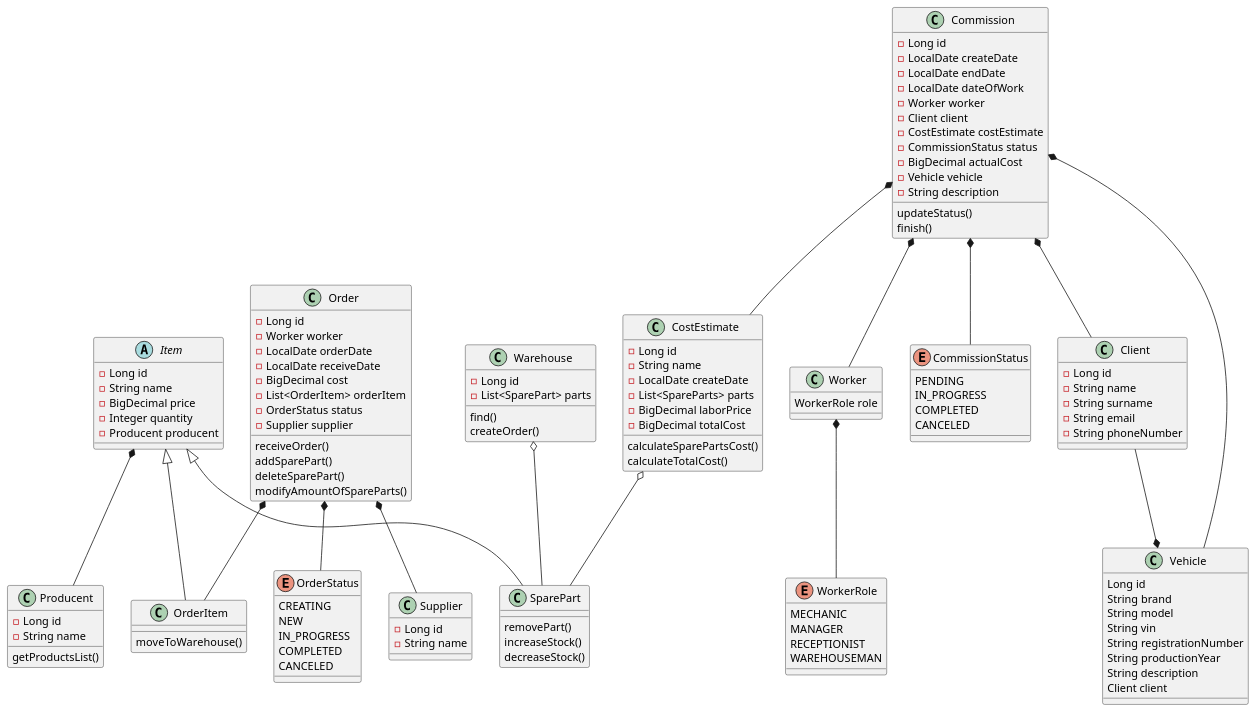
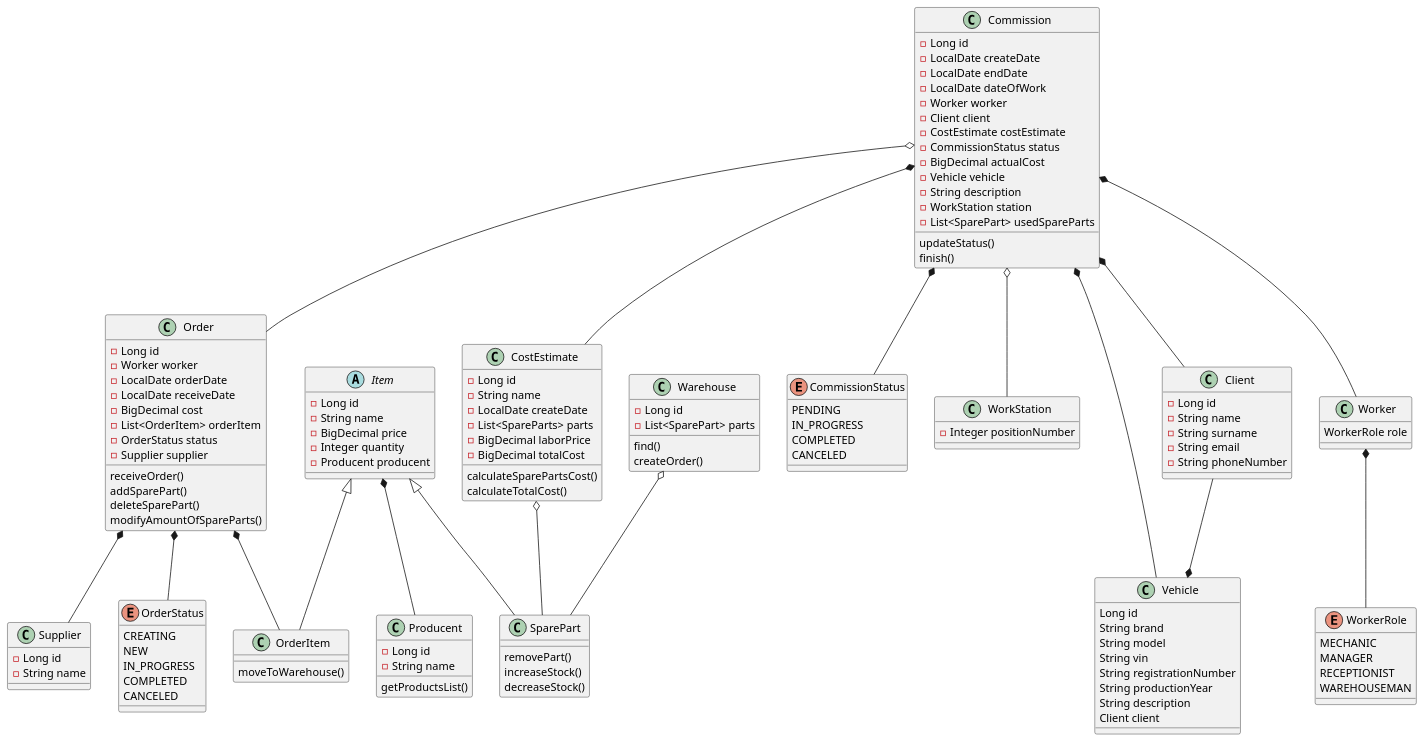
The diagram in src/main/java/com/carservice/CarService/main.puml (WojciechGos/Car-Service), drawn with PlantUML before and after one commit.

Commit message:
add: new relation

```diff
--- a/src/main/java/com/carservice/CarService/main.puml
+++ b/src/main/java/com/carservice/CarService/main.puml
@@ -1,186 +1,198 @@
 @startuml
 'https://plantuml.com/class-diagram
+class Order {
+    - Long id
+    - Worker worker
+    - LocalDate orderDate
+    - LocalDate receiveDate
+    - BigDecimal cost
+    - List<OrderItem> orderItem
+    - OrderStatus status
+    - Supplier supplier
+
+    'For warehouseman to set status COMPLETED
+    receiveOrder()
+    addSparePart()
+    deleteSparePart()
+    modifyAmountOfSpareParts()
+}
+
+class Commission {
+    - Long id
+    - LocalDate createDate
+    - LocalDate endDate
+    'pokrywa sie z podnosnikami
+    - LocalDate dateOfWork
+    - Worker worker
+    - Client client
+    - CostEstimate costEstimate
+    - CommissionStatus status
+    - BigDecimal actualCost
+    - Vehicle vehicle
+    - String description
+    - WorkStation station
+    - List<SparePart> usedSpareParts
+
+
+    updateStatus()
+    finish()
+
+}
 
 
 class Producent {
     - Long id
     - String name
 
     getProductsList()
 }
 
 class Supplier {
     - Long id
     - String name
 }
-
 
 
 class CostEstimate {
     - Long id
     - String name
     - LocalDate createDate
     - List<SpareParts> parts
     - BigDecimal laborPrice
     - BigDecimal totalCost
 
     calculateSparePartsCost()
     calculateTotalCost()
 }
 
 
 enum CommissionStatus{
     PENDING
     IN_PROGRESS
     COMPLETED
     CANCELED
 }
 
-class Commission {
-    - Long id
-    - LocalDate createDate
-    - LocalDate endDate
-    'pokrywa sie z podnosnikami
-    - LocalDate dateOfWork
-    - Worker worker
-    - Client client
-    - CostEstimate costEstimate
-    - CommissionStatus status
-    - BigDecimal actualCost
-    - Vehicle vehicle
-    - String description
+'car lift station
+class WorkStation {
+    - Integer positionNumber
+}
 
-    updateStatus()
-    finish()
-}
+
 
 class Vehicle {
     Long id
     String brand
     String model
     String vin
     String registrationNumber
     String productionYear
     String description
     Client client
 }
 
 
 enum WorkerRole {
     MECHANIC
     MANAGER
     RECEPTIONIST
     WAREHOUSEMAN
 }
 
 class Worker {
     WorkerRole role
 }
 
 enum OrderStatus {
     CREATING
     NEW
     IN_PROGRESS
     COMPLETED
     CANCELED
 }
 
 'Our warehouse
 class Warehouse {
     - Long id
     - List<SparePart> parts
 
     find()
     createOrder()
 }
 
 abstract class Item {
     - Long id
     - String name
     - BigDecimal price
     - Integer quantity
     - Producent producent
 }
 'Spare part that is not in warehouse
 class OrderItem extends Item {
     moveToWarehouse()
 }
 'Spare part that is actually in warehouse
 class SparePart extends Item {
     removePart()
     increaseStock()
     decreaseStock()
 }
 
-class Order {
-    - Long id
-    - Worker worker
-    - LocalDate orderDate
-    - LocalDate receiveDate
-    - BigDecimal cost
-    - List<OrderItem> orderItem
-    - OrderStatus status
-    - Supplier supplier
-
-    'For warehouseman to set status COMPLETED
-    receiveOrder()
-    addSparePart()
-    deleteSparePart()
-    modifyAmountOfSpareParts()
-}
 
 
 
 class Client {
     - Long id
     - String name
     - String surname
     - String email
     - String phoneNumber
 
 }
 
 
 
 
 Item *-- Producent
 
 Commission *-- Client
 Commission *-- Worker
 Commission *-- Vehicle
 Commission *-- CostEstimate
 Commission *-- CommissionStatus
+Commission o-- WorkStation
+Commission o-- Order
 
 Client --* Vehicle
 
 CostEstimate o-- SparePart
 
 Order *-- OrderItem
 Order *-- OrderStatus
 Order *-- Supplier
 
 Worker *-- WorkerRole
 
 
 Warehouse o-- SparePart
 
 'abstract class AbstractList
 'abstract AbstractCollection
 'interface List
 'interface Collection
 '
 '
 '
 'List <|-- AbstractList
 'Collection <|-- AbstractCollection
 '
 'Collection <|- List
 'AbstractCollection <|- AbstractList
 'AbstractList <|-- ArrayList
 '
 'class ArrayList {
 'Object[] elementData
 'size()
 '}
 
 @enduml
```
